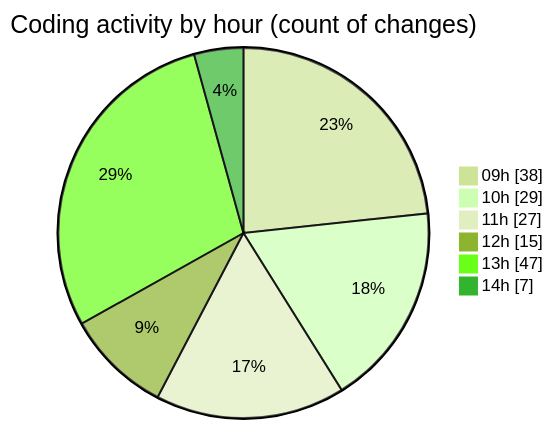
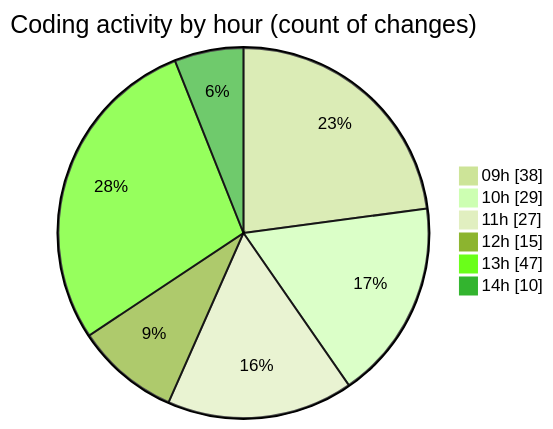
One commit to momahboobian/code-tracking changed the second of 2 diagrams in 2026-07-27/cda/README.md. Above: the diagram before and after it, drawn with Mermaid (forest theme). The commit also changed other lines of this file and 1 other file, not shown here.

````diff
--- a/2026-07-27/cda/README.md
+++ b/2026-07-27/cda/README.md
@@ -61,10 +62,10 @@
 ```mermaid
 pie showData
 title Coding activity by hour (count of changes)
 "09h" : 38
 "10h" : 29
 "11h" : 27
 "12h" : 15
 "13h" : 47
-"14h" : 7
+"14h" : 10
 ```
````
